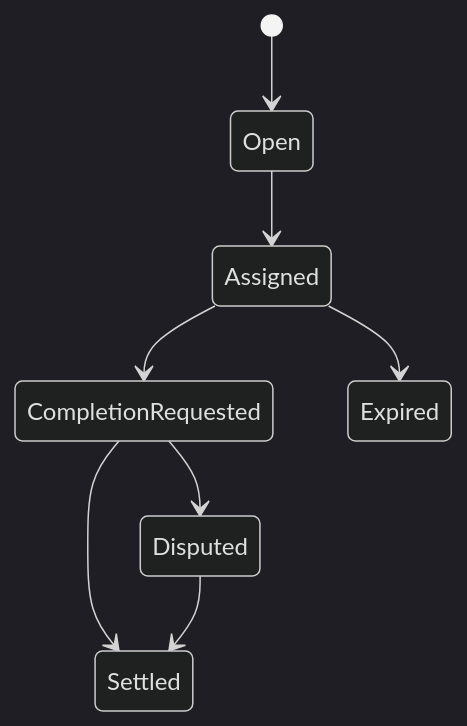
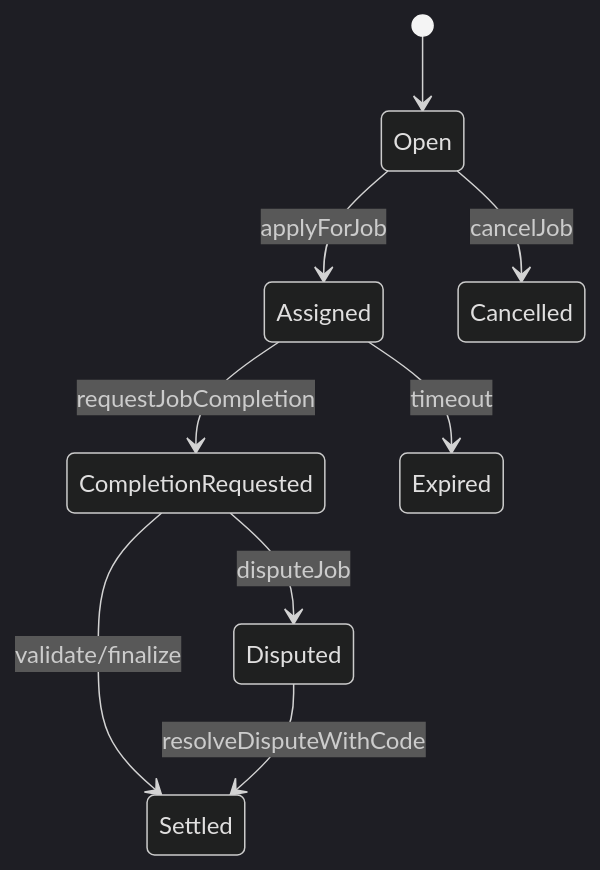
Before and after one commit to MontrealAI/AGIJobManager: the diagram in docs/ui/JOB_LIFECYCLE.md, drawn with Mermaid (dark theme). The commit also changed other lines of this file and 19 other files, not shown here.

````diff
--- a/docs/ui/JOB_LIFECYCLE.md
+++ b/docs/ui/JOB_LIFECYCLE.md
@@ -3,10 +3,11 @@
 ```mermaid
 stateDiagram-v2
   [*] --> Open
-  Open --> Assigned
-  Assigned --> CompletionRequested
-  CompletionRequested --> Settled
-  CompletionRequested --> Disputed
-  Disputed --> Settled
-  Assigned --> Expired
+  Open --> Assigned: applyForJob
+  Assigned --> CompletionRequested: requestJobCompletion
+  CompletionRequested --> Disputed: disputeJob
+  CompletionRequested --> Settled: validate/finalize
+  Assigned --> Expired: timeout
+  Disputed --> Settled: resolveDisputeWithCode
+  Open --> Cancelled: cancelJob
 ```
````
